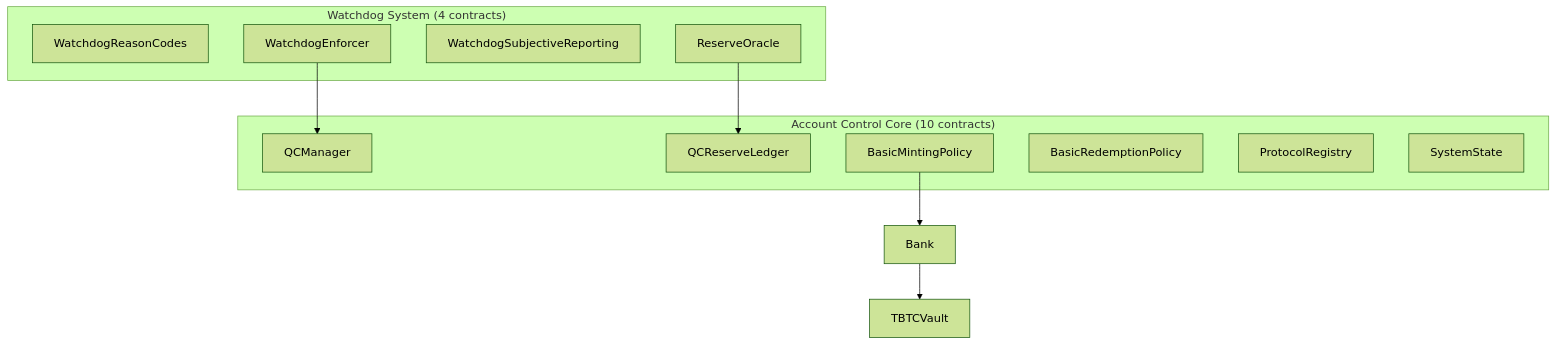
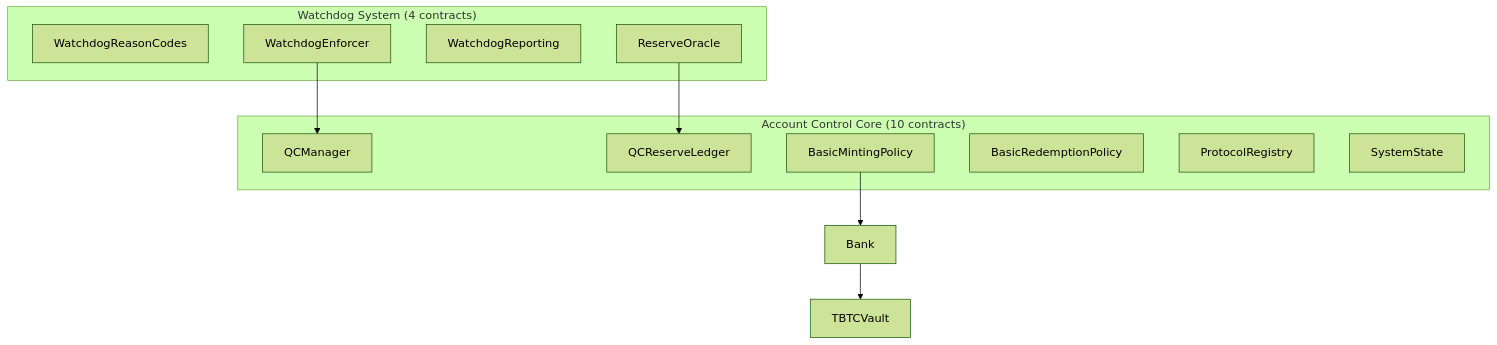
The diagram in solidity/docs/WATCHDOG_REMEDIATION_PLAN.md (tlabs-xyz/tbtc-v2), drawn with Mermaid (forest theme) before and after one commit. The commit also changed other lines of this file and 13 other files, not shown here.

First line of the commit message:
docs: Update documentation to reflect WatchdogReporting rename and clean up outdated files

````diff
--- a/solidity/docs/WATCHDOG_REMEDIATION_PLAN.md
+++ b/solidity/docs/WATCHDOG_REMEDIATION_PLAN.md
@@ -398,23 +398,23 @@
 ```mermaid
 graph TB
     subgraph "Watchdog System (4 contracts)"
         WRC[WatchdogReasonCodes]
         RO[ReserveOracle]  
-        WSR[WatchdogSubjectiveReporting]
+        WSR[WatchdogReporting]
         WE[WatchdogEnforcer]
     end
     
     subgraph "Account Control Core (10 contracts)"
         QCM[QCManager]
         QCL[QCReserveLedger]
         BMP[BasicMintingPolicy]
         BRP[BasicRedemptionPolicy]
         PR[ProtocolRegistry]
         SS[SystemState]
     end
     
     RO --> QCL
     WE --> QCM
     BMP --> Bank
     Bank --> TBTCVault
 ```
````
